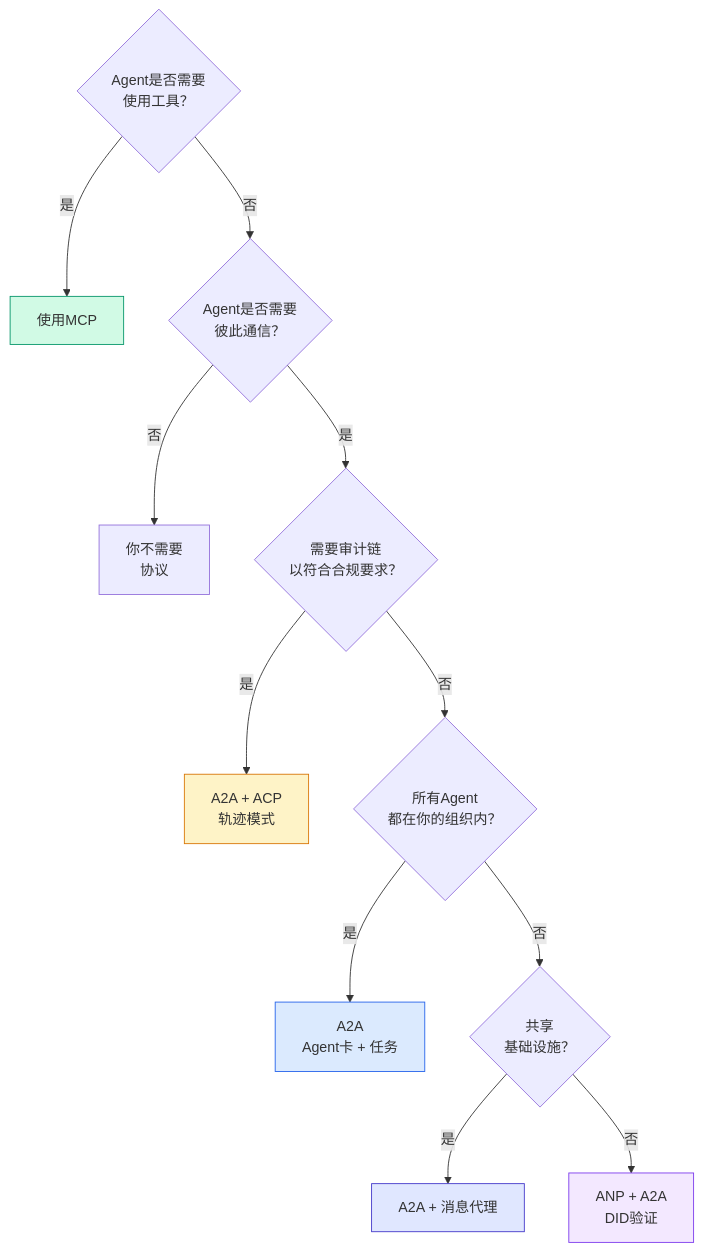
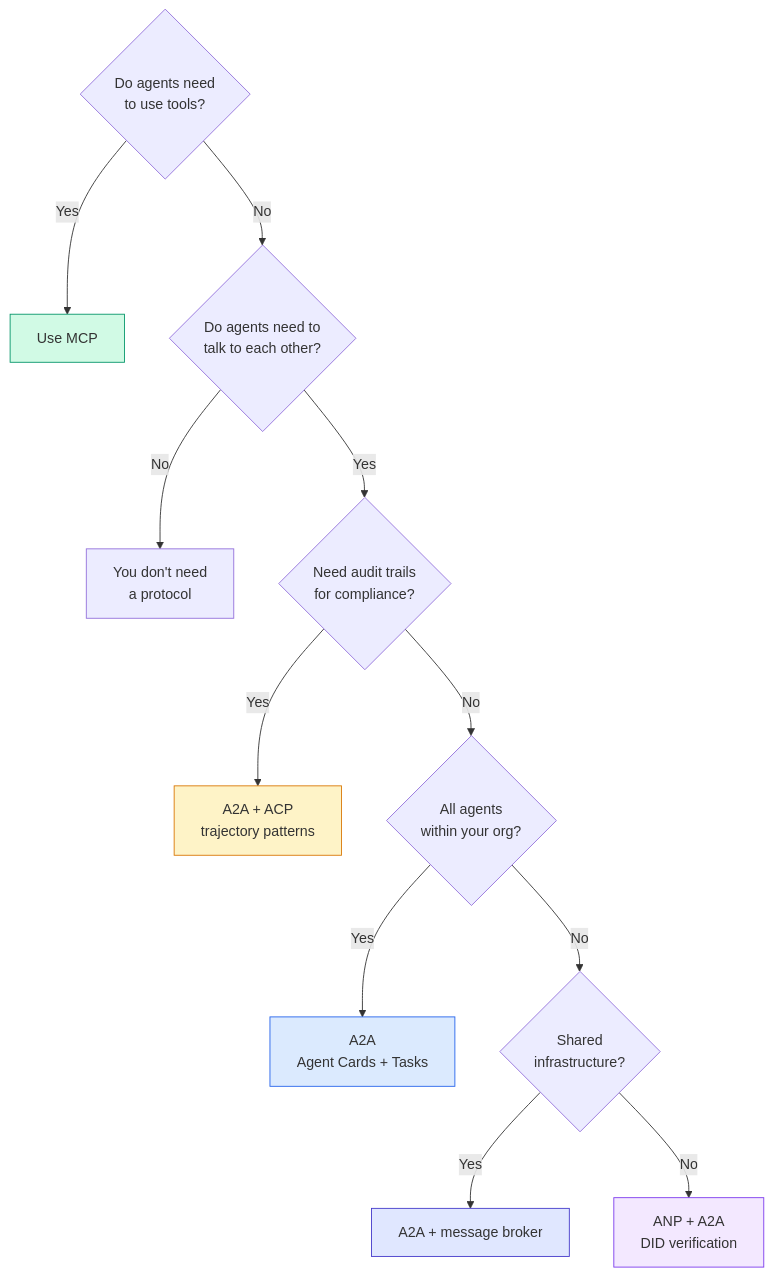
One commit to xiaojiaenen/ai-engineering-from-scratch-zh changed diagram 13 of 13 in i18n/zh/phases/16-multi-agent-and-swarms/03-communication-protocols/docs/zh.md. Above: the diagram before and after it, drawn with Mermaid. The commit also changed other lines of this file and 25 other files, not shown here.

````diff
--- a/i18n/zh/phases/16-multi-agent-and-swarms/03-communication-protocols/docs/zh.md
+++ b/i18n/zh/phases/16-multi-agent-and-swarms/03-communication-protocols/docs/zh.md
@@ -1453,20 +1453,20 @@
 ```mermaid
 graph TD
-    START{Agent是否需要<br/>使用工具？}
-    START -->|是| MCP_R[使用MCP]
-    START -->|否| TALK{Agent是否需要<br/>彼此通信？}
-    TALK -->|否| NONE[你不需要<br/>协议]
-    TALK -->|是| AUDIT{需要审计链<br/>以符合合规要求？}
-    AUDIT -->|是| ACP_R[A2A + ACP<br/>轨迹模式]
-    AUDIT -->|否| ORG{所有Agent<br/>都在你的组织内？}
-    ORG -->|是| A2A_R[A2A<br/>Agent卡 + 任务]
-    ORG -->|否| INFRA{共享<br/>基础设施？}
-    INFRA -->|是| BROKER[A2A + 消息代理]
-    INFRA -->|否| ANP_R[ANP + A2A<br/>DID验证]
+    START{Do agents need<br/>to use tools?}
+    START -->|Yes| MCP_R[Use MCP]
+    START -->|No| TALK{Do agents need to<br/>talk to each other?}
+    TALK -->|No| NONE[You don't need<br/>a protocol]
+    TALK -->|Yes| AUDIT{Need audit trails<br/>for compliance?}
+    AUDIT -->|Yes| ACP_R[A2A + ACP<br/>trajectory patterns]
+    AUDIT -->|No| ORG{All agents<br/>within your org?}
+    ORG -->|Yes| A2A_R[A2A<br/>Agent Cards + Tasks]
+    ORG -->|No| INFRA{Shared<br/>infrastructure?}
+    INFRA -->|Yes| BROKER[A2A + message broker]
+    INFRA -->|No| ANP_R[ANP + A2A<br/>DID verification]
 
     style MCP_R fill:#d1fae5,stroke:#059669
     style A2A_R fill:#dbeafe,stroke:#2563eb
     style ACP_R fill:#fef3c7,stroke:#d97706
     style ANP_R fill:#f3e8ff,stroke:#7c3aed
     style BROKER fill:#e0e7ff,stroke:#4338ca
 ```
````
